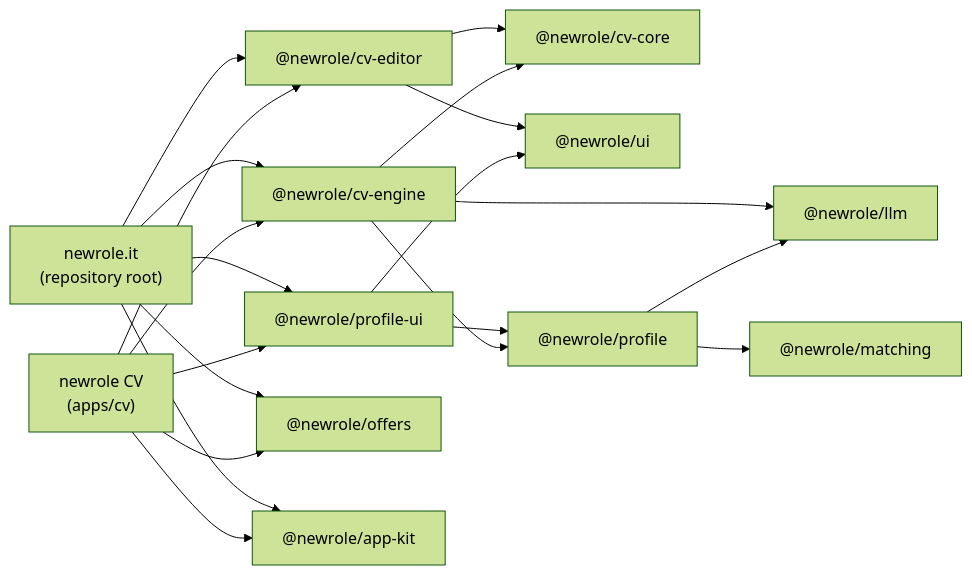
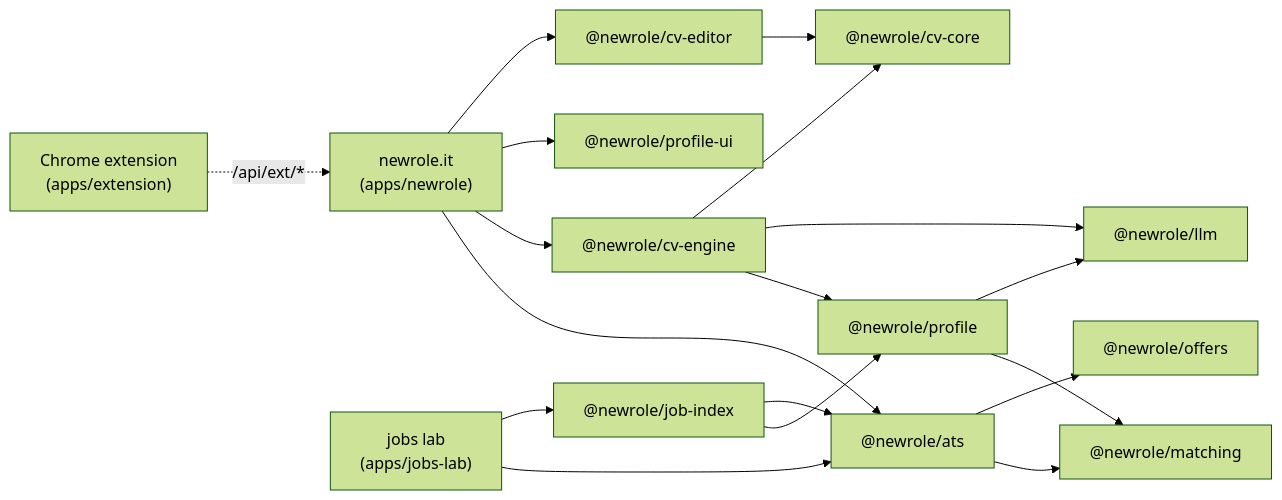
The diagram in docs/architecture.md (newrole-it/CEO), drawn with Mermaid (forest theme) before and after one commit. The commit also changed other lines of this file and 40 other files, not shown here.

First line of the commit message:
feat: apps/jobs-lab tests the offer engine; offers flow tests; docs for the new layout

````diff
--- a/docs/architecture.md
+++ b/docs/architecture.md
@@ -41,22 +30,20 @@
 ```mermaid
 flowchart LR
-  NR["newrole.it<br/>(repository root)"] --> CE["@newrole/cv-editor"]
+  NR["newrole.it<br/>(apps/newrole)"] --> CE["@newrole/cv-editor"]
   NR --> PU["@newrole/profile-ui"]
   NR --> EN["@newrole/cv-engine"]
-  NR --> OF["@newrole/offers"]
-  NR --> AK["@newrole/app-kit"]
-  CV["newrole CV<br/>(apps/cv)"] --> CE
-  CV --> PU
-  CV --> EN
-  CV --> OF
-  CV --> AK
+  NR --> AT["@newrole/ats"]
+  LAB["jobs lab<br/>(apps/jobs-lab)"] --> JI["@newrole/job-index"]
+  LAB --> AT
+  JI --> AT
+  JI --> PR["@newrole/profile"]
+  AT --> OF["@newrole/offers"]
+  AT --> MA["@newrole/matching"]
   CE --> CO["@newrole/cv-core"]
-  CE --> UI["@newrole/ui"]
-  PU --> PR["@newrole/profile"]
-  PU --> UI
   EN --> CO
   EN --> LL["@newrole/llm"]
   EN --> PR
   PR --> LL
-  PR --> MA["@newrole/matching"]
+  PR --> MA
+  EXT["Chrome extension<br/>(apps/extension)"] -. "/api/ext/*" .-> NR
 ```
````
